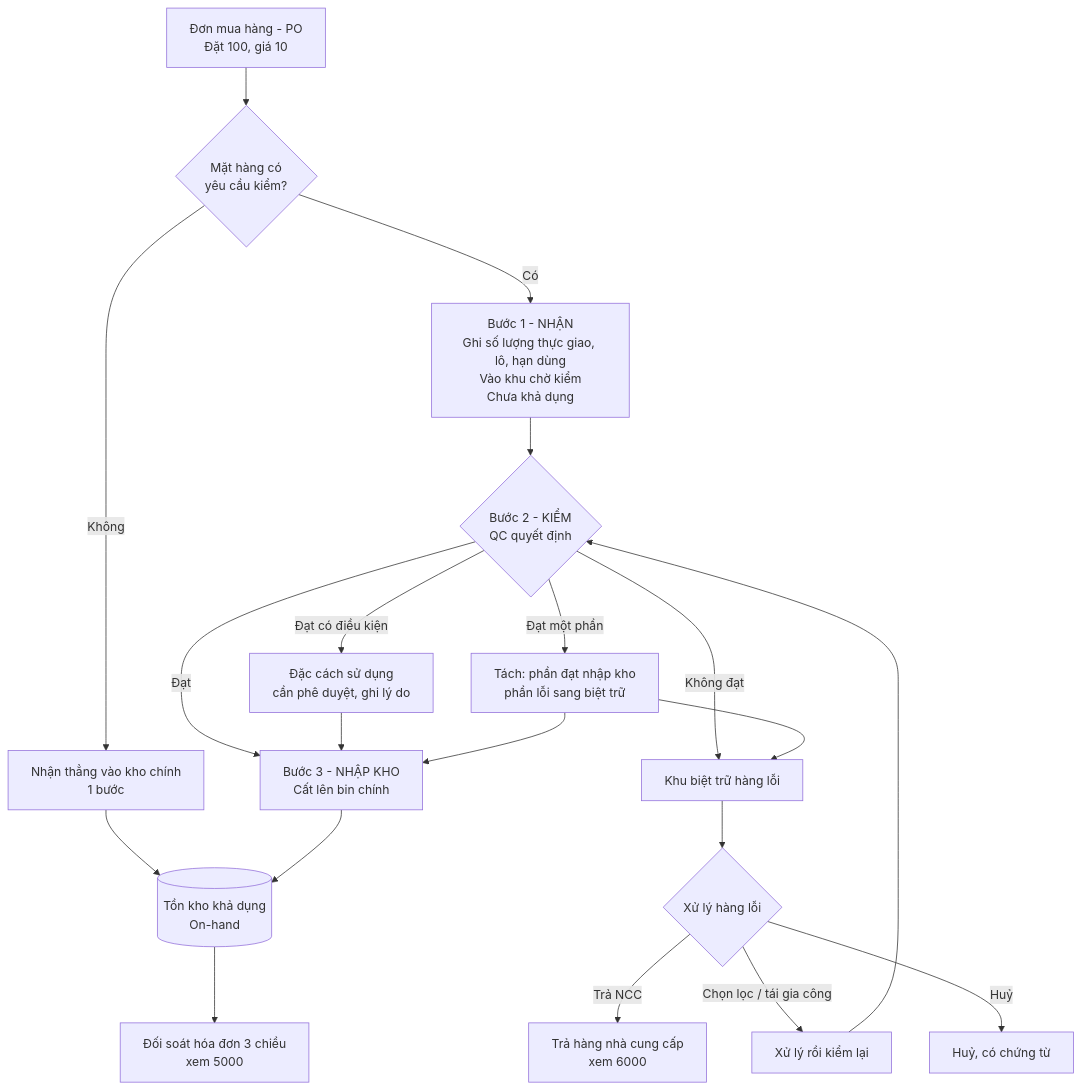
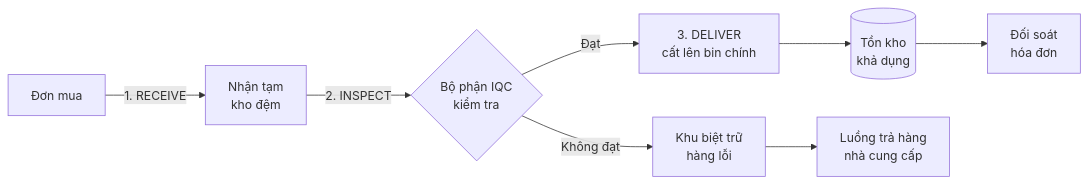
The diagram in docs/erp-nghiep-vu/2-mua-hang/4000-nhan-hang-va-kiem-qc.md (thanvanhai/thanvanhai.github.io), drawn with Mermaid before and after one commit. The commit also changed other lines of this file and 44 other files, not shown here.

````diff
--- a/docs/erp-nghiep-vu/2-mua-hang/4000-nhan-hang-va-kiem-qc.md
+++ b/docs/erp-nghiep-vu/2-mua-hang/4000-nhan-hang-va-kiem-qc.md
@@ -37,22 +37,10 @@
 ```mermaid
-flowchart TD
-    PO["Đơn mua hàng - PO<br/>Đặt 100, giá 10"] --> NEED{"Mặt hàng có<br/>yêu cầu kiểm?"}
-    NEED -->|Không| DIRECT["Nhận thẳng vào kho chính<br/>1 bước"]
-    NEED -->|Có| REC["Bước 1 - NHẬN<br/>Ghi số lượng thực giao, lô, hạn dùng<br/>Vào khu chờ kiểm<br/>Chưa khả dụng"]
-    REC --> QC{"Bước 2 - KIỂM<br/>QC quyết định"}
-    QC -->|Đạt| PUT["Bước 3 - NHẬP KHO<br/>Cất lên bin chính"]
-    QC -->|Đạt có điều kiện| WAIVER["Đặc cách sử dụng<br/>cần phê duyệt, ghi lý do"]
-    QC -->|Không đạt| REJ["Khu biệt trữ hàng lỗi"]
-    QC -->|Đạt một phần| SPLIT["Tách: phần đạt nhập kho<br/>phần lỗi sang biệt trữ"]
-    WAIVER --> PUT
-    SPLIT --> PUT
-    SPLIT --> REJ
-    DIRECT --> STK[("Tồn kho khả dụng<br/>On-hand")]
-    PUT --> STK
-    REJ --> DISP{"Xử lý hàng lỗi"}
-    DISP -->|Trả NCC| RTV["Trả hàng nhà cung cấp<br/>xem 6000"]
-    DISP -->|Chọn lọc / tái gia công| REWORK["Xử lý rồi kiểm lại"]
-    DISP -->|Huỷ| SCRAP["Huỷ, có chứng từ"]
-    REWORK --> QC
-    STK --> MATCH["Đối soát hóa đơn 3 chiều<br/>xem 5000"]
+flowchart LR
+    PO["Đơn mua"] -->|1. RECEIVE| REC["Nhận tạm<br/>kho đệm"]
+    REC -->|2. INSPECT| QC{"Bộ phận IQC<br/>kiểm tra"}
+    QC -->|Đạt| DEL["3. DELIVER<br/>cất lên bin chính"]
+    QC -->|Không đạt| REJ["Khu biệt trữ<br/>hàng lỗi"]
+    DEL --> STK[("Tồn kho<br/>khả dụng")]
+    REJ --> RTV["Luồng trả hàng<br/>nhà cung cấp"]
+    STK --> MATCH["Đối soát<br/>hóa đơn"]
 ```
````
